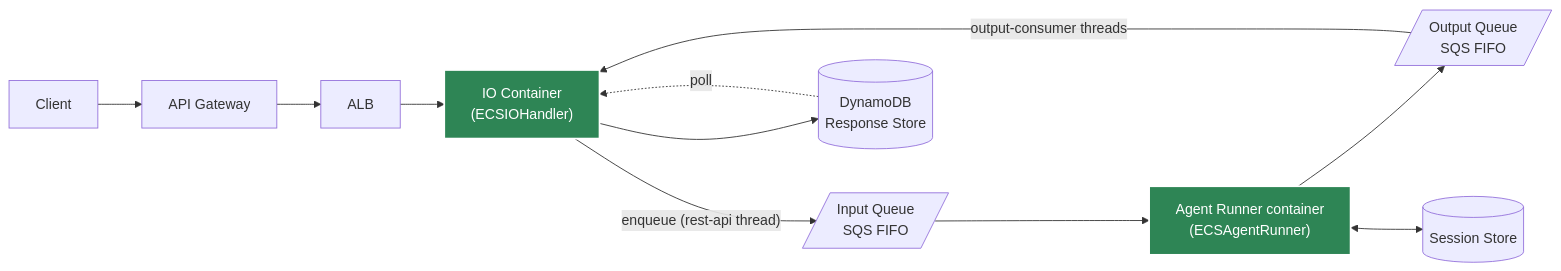
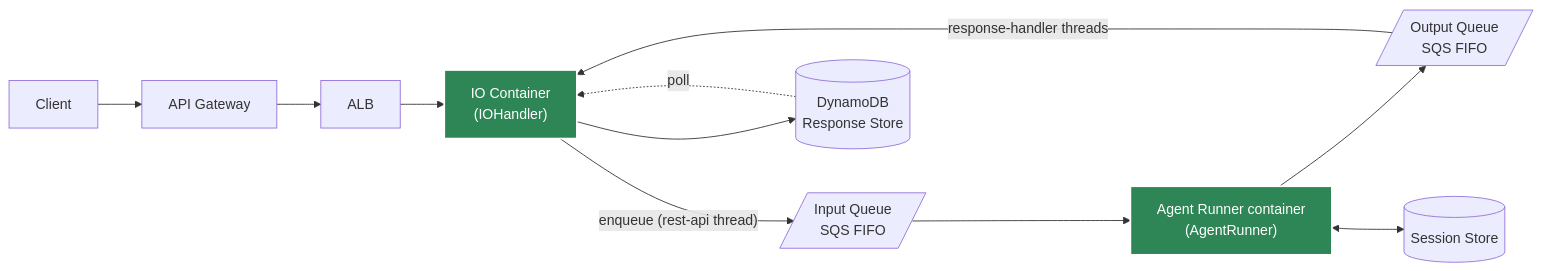
Before and after one commit to yaalalabs/agent-kernel: the second of 5 diagrams in docs/docs/deployment/aws-containerized.md, drawn with Mermaid. The commit also changed other lines of this file and 23 other files, not shown here.

Commit message:
feat: migrate from ECS-specific handlers to shared pipeline components, simplifying architecture and enhancing maintainability

````diff
--- a/docs/docs/deployment/aws-containerized.md
+++ b/docs/docs/deployment/aws-containerized.md
@@ -104,18 +104,18 @@
 ```mermaid
 graph LR
     A[Client] --> B[API Gateway]
     B --> C[ALB]
-    C --> D["IO Container<br/>(ECSIOHandler)"]
+    C --> D["IO Container<br/>(IOHandler)"]
 
     D -->|"enqueue (rest-api thread)"| E[/Input Queue<br/>SQS FIFO/]
-    E --> G["Agent Runner container<br/>(ECSAgentRunner)"]
+    E --> G["Agent Runner container<br/>(AgentRunner)"]
     G --> F[/Output Queue<br/>SQS FIFO/]
-    F -->|"output-consumer threads"| D
+    F -->|"response-handler threads"| D
     D --> H[(DynamoDB<br/>Response Store)]
     H -.->|poll| D
 
     G <--> S[(Session Store)]
 
     style D fill:#2e8555,stroke:#fff,stroke-width:2px,color:#fff
     style G fill:#2e8555,stroke:#fff,stroke-width:2px,color:#fff
 ```
````
